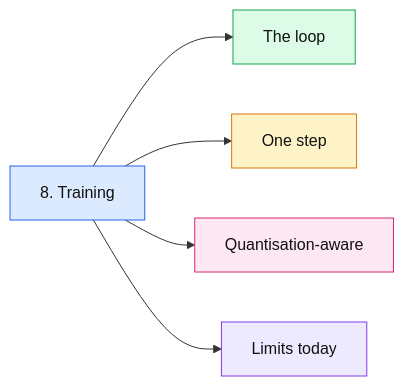
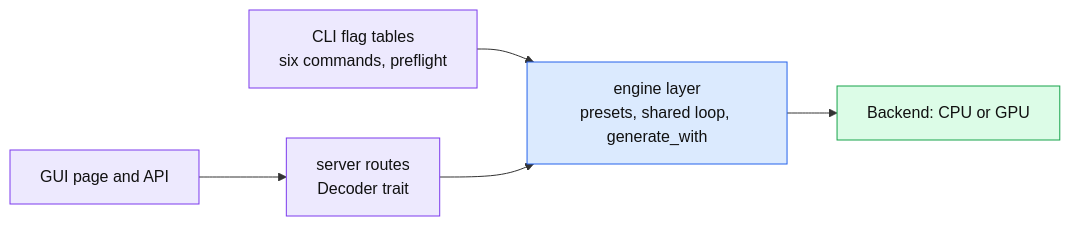
Before and after one commit to thomascherickal/ferrum-gpu: diagram 15 of 17 in docs/architecture.md, drawn with Mermaid. The commit also changed other lines of this file and 4 other files, not shown here.

First line of the commit message:
docs: hand-drawn data-flow diagrams for the readme, architecture and GUI pages

````diff
--- a/docs/architecture.md
+++ b/docs/architecture.md
@@ -258,13 +405,12 @@
 ```mermaid
 flowchart LR
-    a["8. Training"]:::root
-    a --> n0["The loop"]:::c0
-    a --> n1["One step"]:::c1
-    a --> n2["Quantisation-aware"]:::c2
-    a --> n3["Limits today"]:::c3
-    classDef root fill:#dbeafe,stroke:#2563eb,color:#111
-    classDef c0 fill:#dcfce7,stroke:#16a34a,color:#111
-    classDef c1 fill:#fef3c7,stroke:#d97706,color:#111
-    classDef c2 fill:#fce7f3,stroke:#db2777,color:#111
-    classDef c3 fill:#ede9fe,stroke:#7c3aed,color:#111
+    cli["CLI flag tables<br/>six commands, preflight"]:::host --> eng["engine layer<br/>presets, shared loop, generate_with"]:::core
+    srv["server routes<br/>Decoder trait"]:::host --> eng
+    gui["GUI page and API"]:::host --> srv
+    eng --> be["Backend: CPU or GPU"]:::gpu
+    classDef core fill:#dbeafe,stroke:#2563eb,color:#111
+    classDef gpu fill:#dcfce7,stroke:#16a34a,color:#111
+    classDef cpu fill:#fef3c7,stroke:#d97706,color:#111
+    classDef io fill:#fce7f3,stroke:#db2777,color:#111
+    classDef host fill:#ede9fe,stroke:#7c3aed,color:#111
 ```
````
